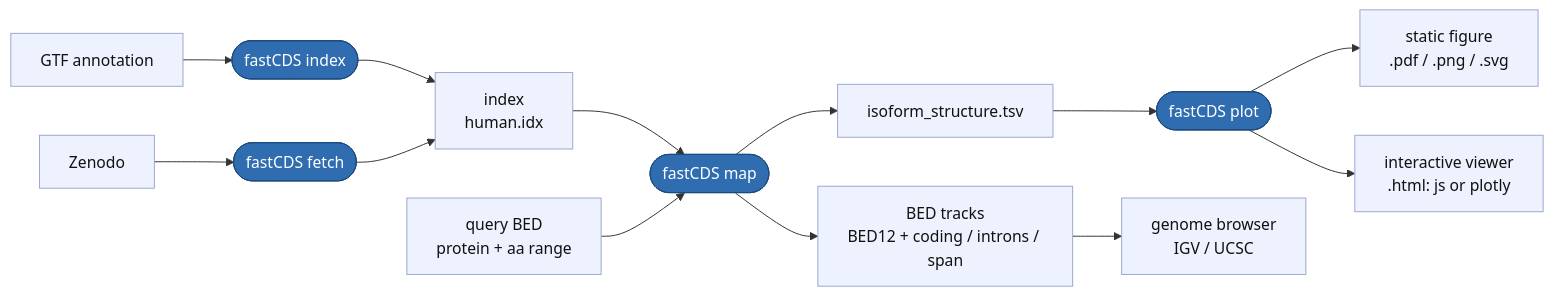
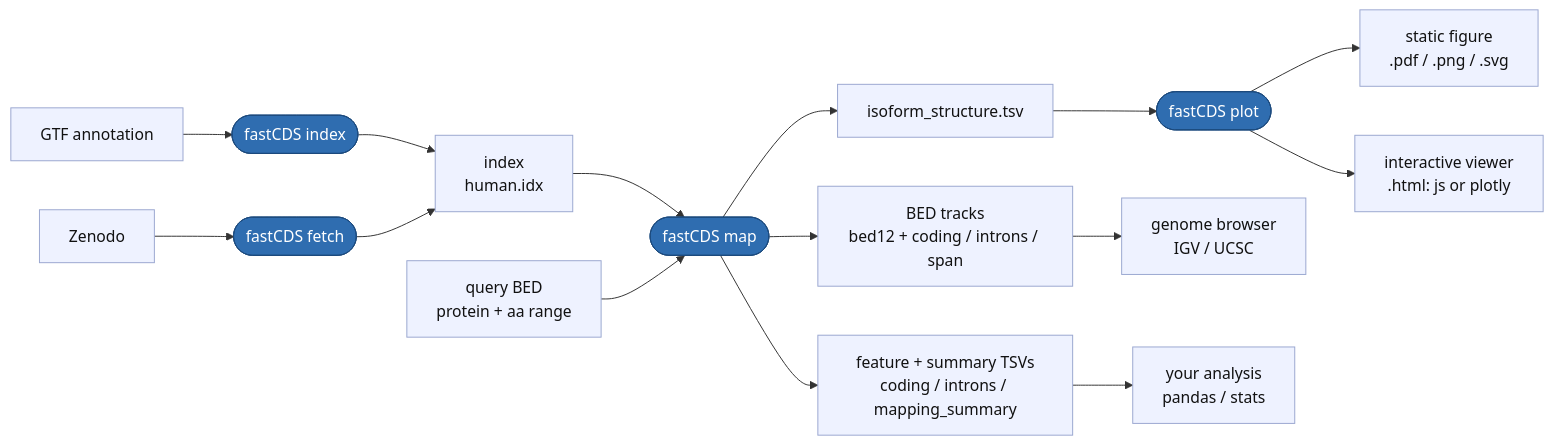
The diagram in README.md (SotoLF/fastCDS), drawn with Mermaid before and after one commit. The commit also changed 1 other file, not shown here.

Commit message:
docs: flow diagram - show map's third output route (feature+summary TSVs -> analysis) alongside plot and genome-browser tracks

````diff
--- a/README.md
+++ b/README.md
@@ -54,20 +54,22 @@
 ```mermaid
 flowchart LR
     GTF[GTF annotation] --> INDEX([fastCDS index])
     ZEN[Zenodo] --> FETCH([fastCDS fetch])
     INDEX --> IDX[index<br/>human.idx]
     FETCH --> IDX
     IDX --> MAP([fastCDS map])
     BED[query BED<br/>protein + aa range] --> MAP
     MAP --> TSV[isoform_structure.tsv]
-    MAP --> B12[BED tracks<br/>BED12 + coding / introns / span]
+    MAP --> BEDS[BED tracks<br/>bed12 + coding / introns / span]
+    MAP --> TAB[feature + summary TSVs<br/>coding / introns / mapping_summary]
     TSV --> PLOT([fastCDS plot])
     PLOT --> STATIC[static figure<br/>.pdf / .png / .svg]
     PLOT --> INTER[interactive viewer<br/>.html: js or plotly]
-    B12 --> IGV[genome browser<br/>IGV / UCSC]
+    BEDS --> IGV[genome browser<br/>IGV / UCSC]
+    TAB --> AN[your analysis<br/>pandas / stats]
 
     classDef cmd fill:#2f6db0,color:#ffffff,stroke:#1c4a7d,stroke-width:1px;
     classDef file fill:#eef2ff,color:#111111,stroke:#9aa7d0,stroke-width:1px;
     class INDEX,FETCH,MAP,PLOT cmd;
-    class GTF,ZEN,IDX,BED,TSV,B12,STATIC,INTER,IGV file;
+    class GTF,ZEN,IDX,BED,TSV,BEDS,TAB,STATIC,INTER,IGV,AN file;
 ```
````
